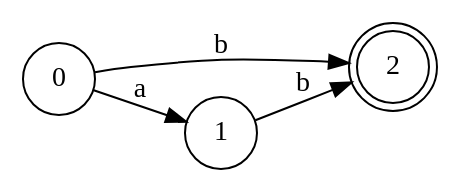
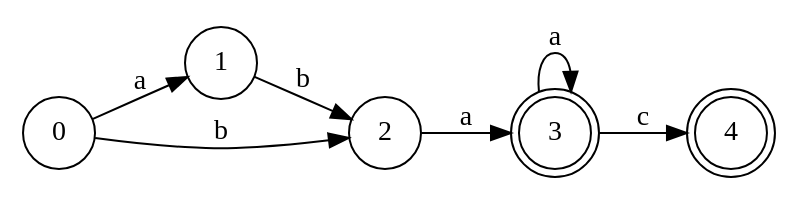
Before and after one commit to paulbelches/scannerAndParserGenerator: the diagram in afdirect.gv, drawn with Graphviz. The commit also changed 11 other files, not shown here.

```diff
--- a/afdirect.gv
+++ b/afdirect.gv
@@ -1,13 +1,21 @@
 digraph finite_state_machine {
 	rankdir=LR size="8,5"
 	node [shape=doublecircle]
-	2
+	3
+
+	4
 
 	node [shape=circle]
 	0 -> 1 [label=a
 ]
 	0 -> 2 [label=b
 ]
 	1 -> 2 [label=b
 ]
+	2 -> 3 [label=a
+]
+	3 -> 3 [label=a
+]
+	3 -> 4 [label=c
+]
 }
```
